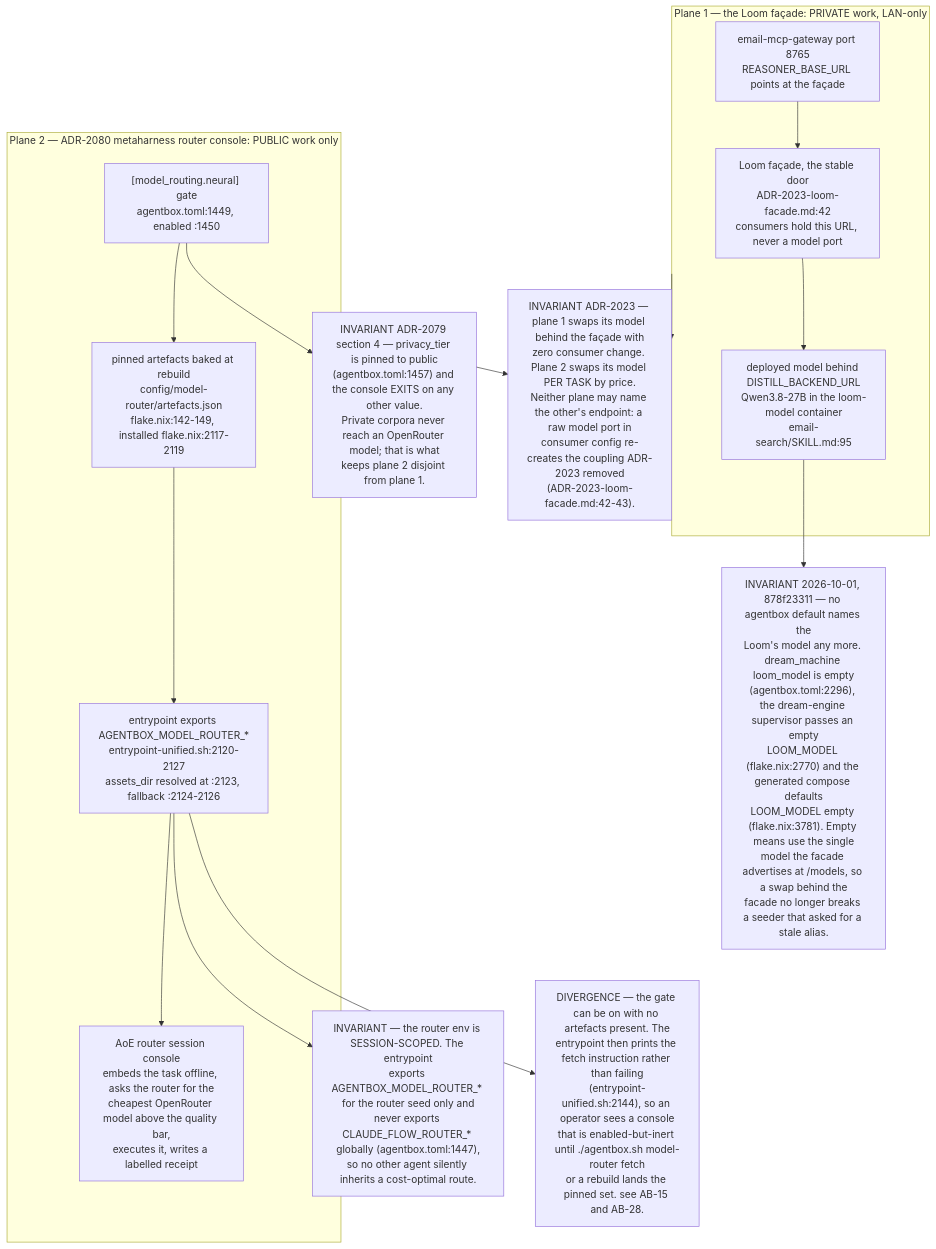
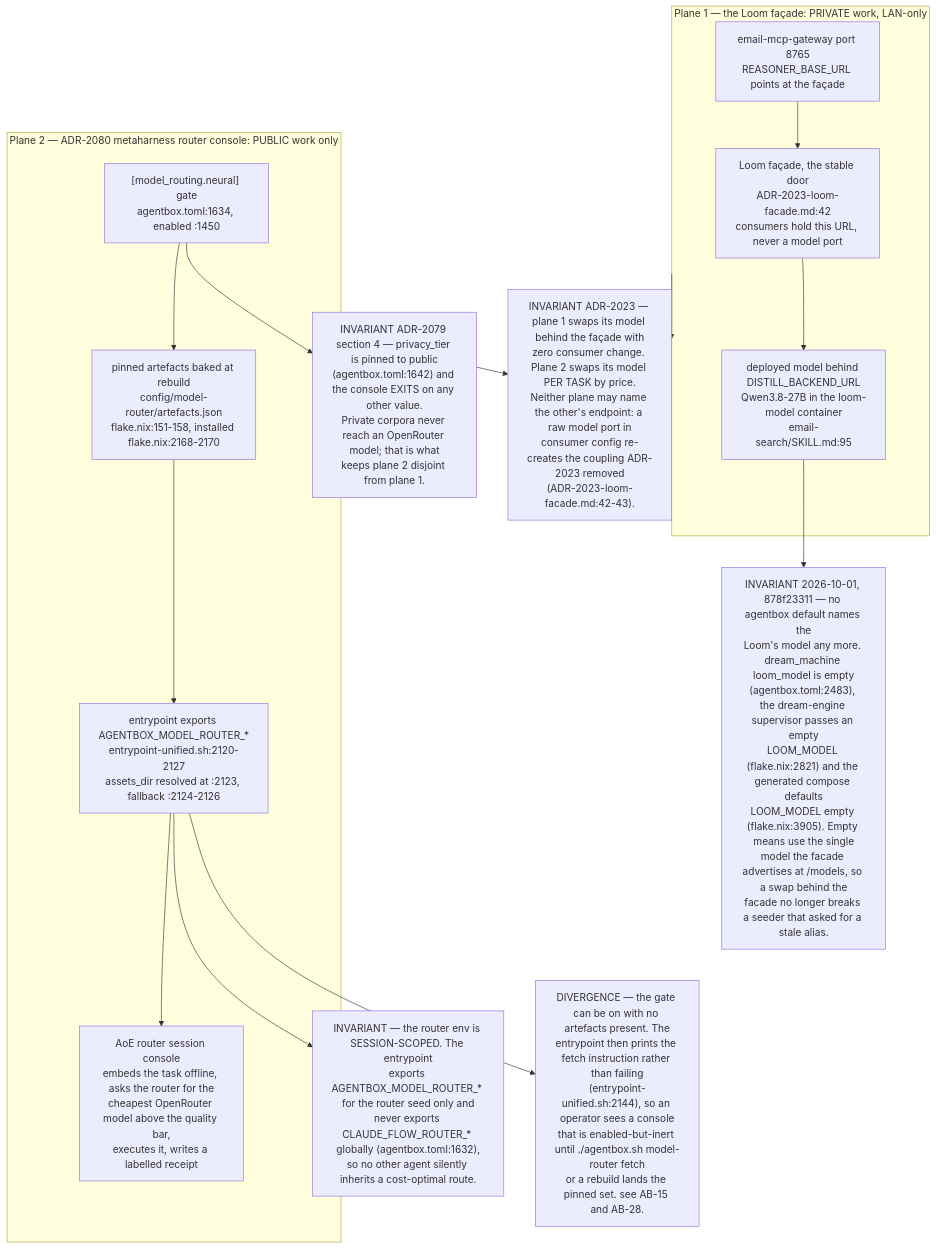
The tenth of 11 diagrams in docs/diagrams/estate/06-loom-and-email-privacy-path.md (DreamLab-AI/VisionFlow), drawn with Mermaid before and after one commit. The commit also changed other lines of this file and 80 other files, not shown here.

First line of the commit message:
docs(diagrams): re-verify the agentbox, dreamlab, estate and visionflow corpus against current sources

````diff
--- a/docs/diagrams/estate/06-loom-and-email-privacy-path.md
+++ b/docs/diagrams/estate/06-loom-and-email-privacy-path.md
@@ -330,31 +332,31 @@
 ```mermaid
 flowchart TB
     subgraph PRIV["Plane 1 — the Loom façade: PRIVATE work, LAN-only"]
         FAC["Loom façade, the stable door<br/>ADR-2023-loom-facade.md:42<br/>consumers hold this URL, never a model port"]
         MDL["deployed model behind DISTILL_BACKEND_URL<br/>Qwen3.8-27B in the loom-model container<br/>email-search/SKILL.md:95"]
         MAIL["email-mcp-gateway port 8765<br/>REASONER_BASE_URL points at the façade"]
         FAC --> MDL
         MAIL --> FAC
     end
 
     subgraph PUB["Plane 2 — ADR-2080 metaharness router console: PUBLIC work only"]
-        GATE["[model_routing.neural] gate<br/>agentbox.toml:1449, enabled :1450"]
-        ART["pinned artefacts baked at rebuild<br/>config/model-router/artefacts.json<br/>flake.nix:142-149, installed flake.nix:2117-2119"]
+        GATE["[model_routing.neural] gate<br/>agentbox.toml:1634, enabled :1450"]
+        ART["pinned artefacts baked at rebuild<br/>config/model-router/artefacts.json<br/>flake.nix:151-158, installed flake.nix:2168-2170"]
         ENV["entrypoint exports AGENTBOX_MODEL_ROUTER_*<br/>entrypoint-unified.sh:2120-2127<br/>assets_dir resolved at :2123, fallback :2124-2126"]
         CON["AoE router session console<br/>embeds the task offline, asks the router for the<br/>cheapest OpenRouter model above the quality bar,<br/>executes it, writes a labelled receipt"]
         GATE --> ART --> ENV --> CON
     end
 
-    INV1["INVARIANT ADR-2079 section 4 — privacy_tier is pinned to public<br/>(agentbox.toml:1457) and the console EXITS on any other value.<br/>Private corpora never reach an OpenRouter model; that is what<br/>keeps plane 2 disjoint from plane 1."]
-    INV2["INVARIANT — the router env is SESSION-SCOPED. The entrypoint<br/>exports AGENTBOX_MODEL_ROUTER_* for the router seed only and<br/>never exports CLAUDE_FLOW_ROUTER_* globally (agentbox.toml:1447),<br/>so no other agent silently inherits a cost-optimal route."]
+    INV1["INVARIANT ADR-2079 section 4 — privacy_tier is pinned to public<br/>(agentbox.toml:1642) and the console EXITS on any other value.<br/>Private corpora never reach an OpenRouter model; that is what<br/>keeps plane 2 disjoint from plane 1."]
+    INV2["INVARIANT — the router env is SESSION-SCOPED. The entrypoint<br/>exports AGENTBOX_MODEL_ROUTER_* for the router seed only and<br/>never exports CLAUDE_FLOW_ROUTER_* globally (agentbox.toml:1632),<br/>so no other agent silently inherits a cost-optimal route."]
     INV3["INVARIANT ADR-2023 — plane 1 swaps its model behind the façade with<br/>zero consumer change. Plane 2 swaps its model PER TASK by price.<br/>Neither plane may name the other's endpoint: a raw model port in<br/>consumer config re-creates the coupling ADR-2023 removed<br/>(ADR-2023-loom-facade.md:42-43)."]
     DEG["DIVERGENCE — the gate can be on with no artefacts present. The<br/>entrypoint then prints the fetch instruction rather than failing<br/>(entrypoint-unified.sh:2144), so an operator sees a console<br/>that is enabled-but-inert until ./agentbox.sh model-router fetch<br/>or a rebuild lands the pinned set. see AB-15 and AB-28."]
 
-    NOPIN["INVARIANT 2026-10-01, 878f23311 — no agentbox default names the<br/>Loom's model any more. dream_machine loom_model is empty<br/>(agentbox.toml:2296), the dream-engine supervisor passes an empty<br/>LOOM_MODEL (flake.nix:2770) and the generated compose defaults<br/>LOOM_MODEL empty (flake.nix:3781). Empty means use the single<br/>model the facade advertises at /models, so a swap behind the<br/>facade no longer breaks a seeder that asked for a stale alias."]
+    NOPIN["INVARIANT 2026-10-01, 878f23311 — no agentbox default names the<br/>Loom's model any more. dream_machine loom_model is empty<br/>(agentbox.toml:2483), the dream-engine supervisor passes an empty<br/>LOOM_MODEL (flake.nix:2821) and the generated compose defaults<br/>LOOM_MODEL empty (flake.nix:3905). Empty means use the single<br/>model the facade advertises at /models, so a swap behind the<br/>facade no longer breaks a seeder that asked for a stale alias."]
     MDL --> NOPIN
     PRIV --> INV3
     PUB --> INV3
     GATE --> INV1
     ENV --> INV2
     ENV --> DEG
 ```
````
